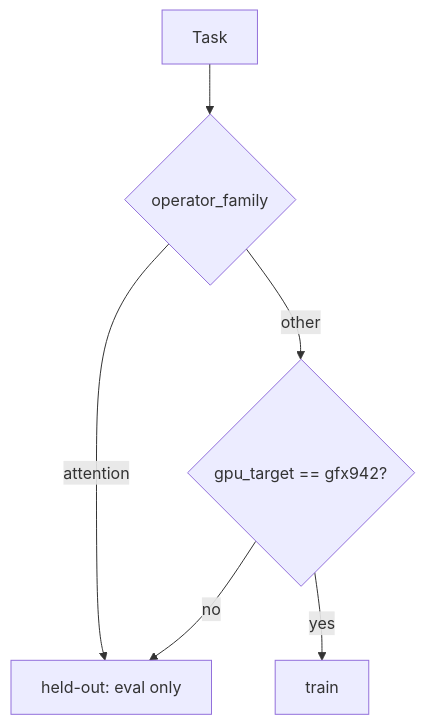
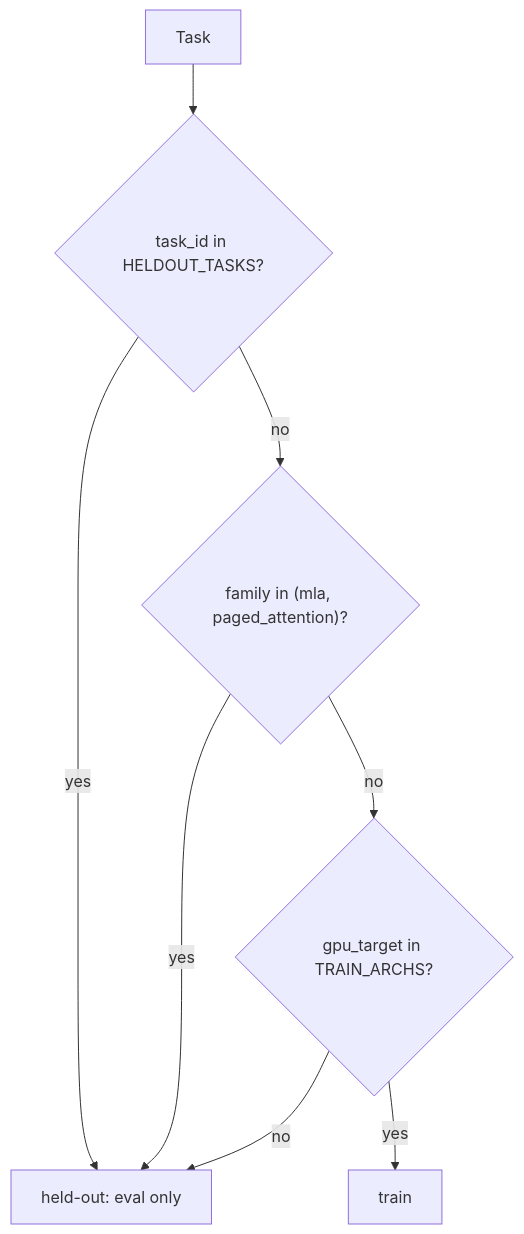
The first of 2 diagrams in kore/tasks/README.md (amd-shasriva/KORE), drawn with Mermaid before and after one commit. The commit also changed other lines of this file and 47 other files, not shown here.

````diff
--- a/kore/tasks/README.md
+++ b/kore/tasks/README.md
@@ -63,8 +71,10 @@
 ```mermaid
 flowchart TD
-  T[Task] --> F{operator_family}
-  F -->|attention| HO[held-out: eval only]
-  F -->|other| A{gpu_target == gfx942?}
+  T[Task] --> ID{task_id in HELDOUT_TASKS?}
+  ID -->|yes| HO[held-out: eval only]
+  ID -->|no| F{"family in (mla, paged_attention)?"}
+  F -->|yes| HO
+  F -->|no| A{"gpu_target in TRAIN_ARCHS?"}
   A -->|no| HO
   A -->|yes| TR[train]
 ```
````
